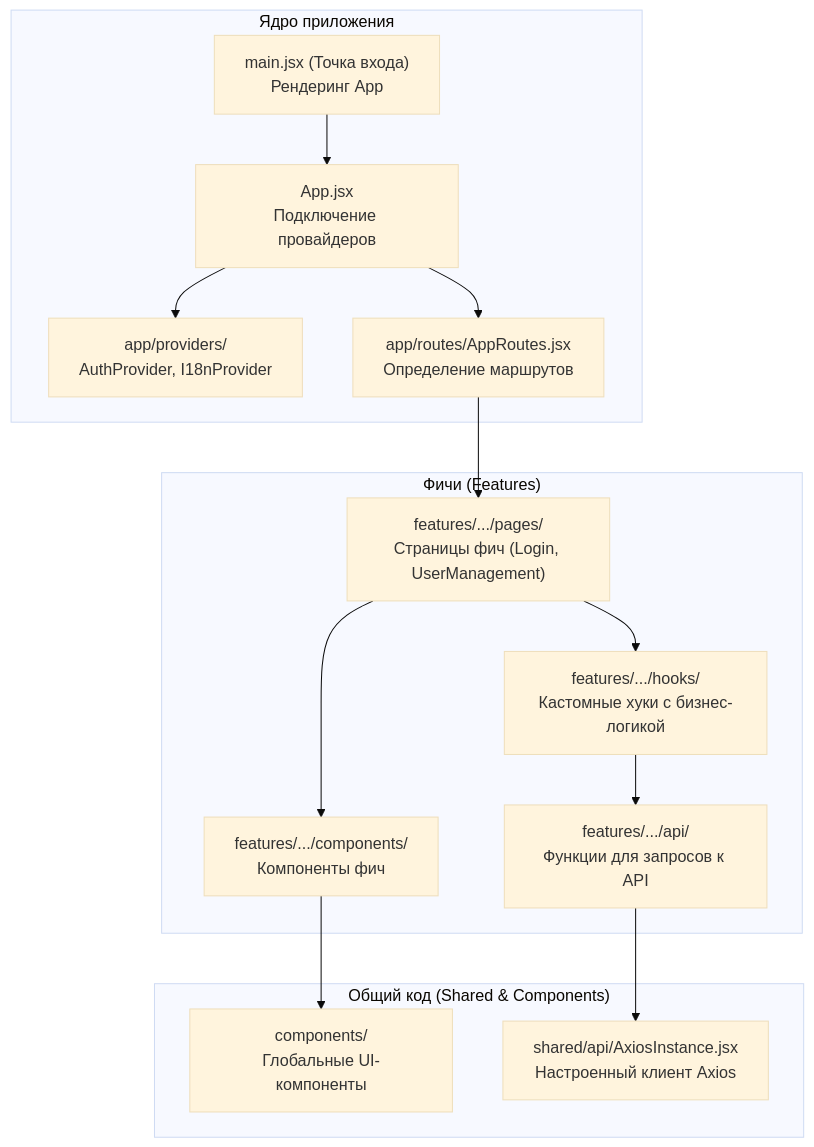
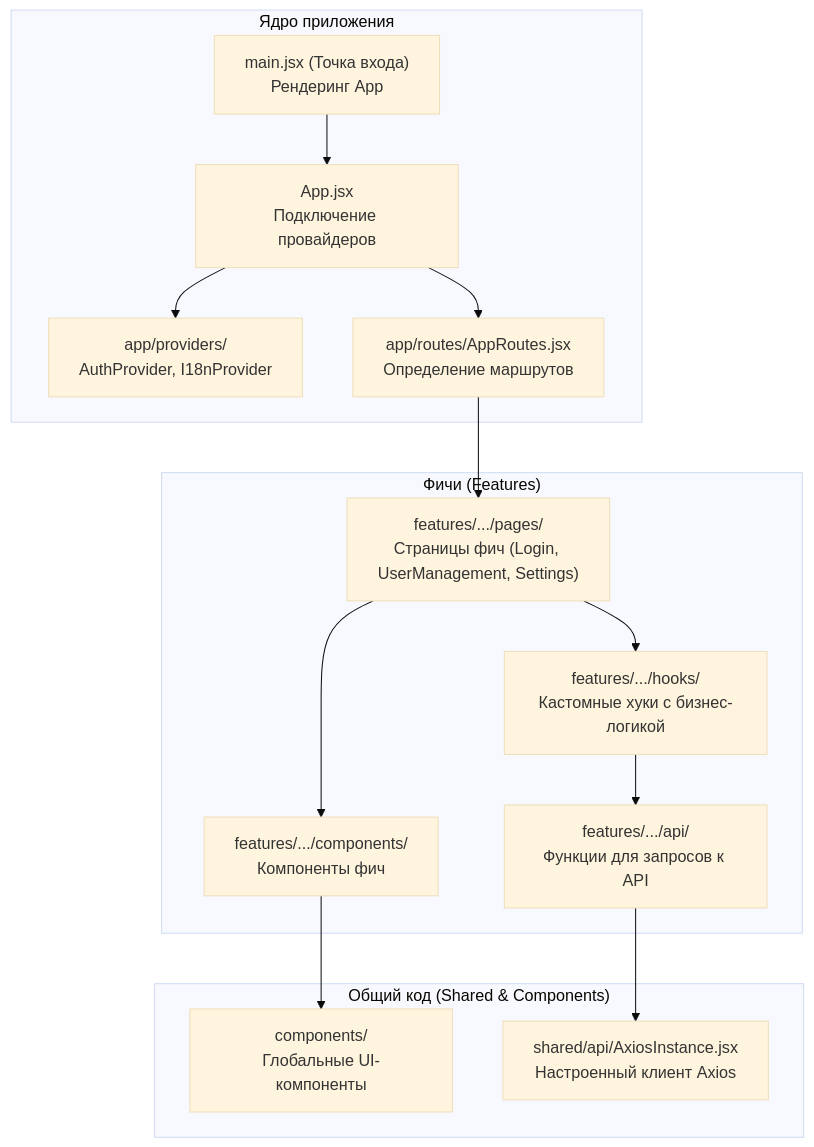
The diagram in docs/frontend/overview.md (centhis/infraportal), drawn with Mermaid (base theme) before and after one commit. The commit also changed other lines of this file and 91 other files, not shown here.

````diff
--- a/docs/frontend/overview.md
+++ b/docs/frontend/overview.md
@@ -47,45 +47,45 @@
 ```mermaid
 graph TD
     %% Определения узлов
     Main["main.jsx (Точка входа)<br>Рендеринг App"]
     App["App.jsx<br>Подключение провайдеров"]
     Providers["app/providers/<br>AuthProvider, I18nProvider"]
     AppRoutes["app/routes/AppRoutes.jsx<br>Определение маршрутов"]
-    Pages["features/.../pages/<br>Страницы фич (Login, UserManagement)"]
+    Pages["features/.../pages/<br>Страницы фич (Login, UserManagement, Settings)"]
     FeatureComponents["features/.../components/<br>Компоненты фич"]
     FeatureHooks["features/.../hooks/<br>Кастомные хуки с бизнес-логикой"]
     SharedComponents["components/<br>Глобальные UI-компоненты"]
     ApiModules["features/.../api/<br>Функции для запросов к API"]
     AxiosInstance["shared/api/AxiosInstance.jsx<br>Настроенный клиент Axios"]
 
     %% Зависимости
     Main --> App
     App --> Providers
     App --> AppRoutes
     AppRoutes --> Pages
     Pages --> FeatureComponents
     Pages --> FeatureHooks
     FeatureHooks --> ApiModules
     ApiModules --> AxiosInstance
     FeatureComponents --> SharedComponents
 
     %% Группировка
     subgraph "Ядро приложения"
         Main
         App
         Providers
         AppRoutes
     end
 
     subgraph "Фичи (Features)"
         Pages
         FeatureComponents
         FeatureHooks
         ApiModules
     end
 
     subgraph "Общий код (Shared & Components)"
         SharedComponents
         AxiosInstance
     end
 ```
````
